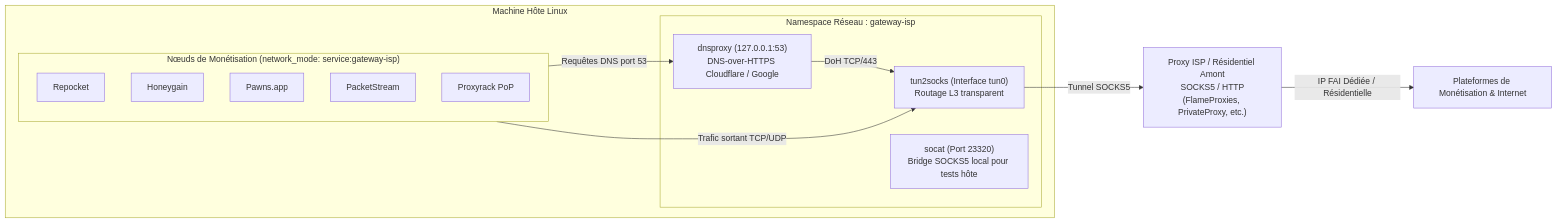
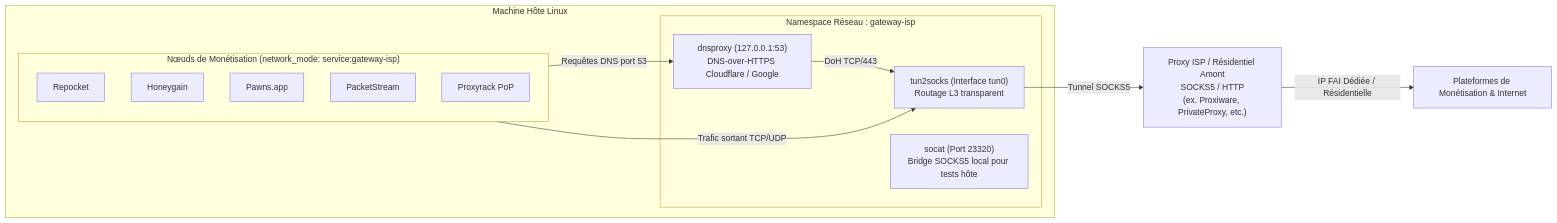
One commit to ki2pixel/proxy_docker changed the diagram in docs/Integration_Passerelle_ISP_Residential.md. Above: the diagram before and after it, drawn with Mermaid. The commit also changed other lines of this file and 16 other files, not shown here.

````diff
--- a/docs/Integration_Passerelle_ISP_Residential.md
+++ b/docs/Integration_Passerelle_ISP_Residential.md
@@ -11,27 +11,27 @@
 ```mermaid
 graph LR
     subgraph DockerHost ["Machine Hôte Linux"]
         subgraph ISPNamespace ["Namespace Réseau : gateway-isp"]
             TUN["tun2socks (Interface tun0)<br>Routage L3 transparent"]
             DNS["dnsproxy (127.0.0.1:53)<br>DNS-over-HTTPS Cloudflare / Google"]
             SOCAT["socat (Port 23320)<br>Bridge SOCKS5 local pour tests hôte"]
         end
 
         subgraph MonetizationNodes ["Nœuds de Monétisation (network_mode: service:gateway-isp)"]
             RP["Repocket"]
             HG["Honeygain"]
             PA["Pawns.app"]
             PS["PacketStream"]
             PR["Proxyrack PoP"]
         end
     end
 
-    PROXY["Proxy ISP / Résidentiel Amont<br>SOCKS5 / HTTP<br>(FlameProxies, PrivateProxy, etc.)"]
+    PROXY["Proxy ISP / Résidentiel Amont<br>SOCKS5 / HTTP<br>(ex. Proxiware, PrivateProxy, etc.)"]
     INTERNET["Plateformes de Monétisation & Internet"]
 
     MonetizationNodes -->|Trafic sortant TCP/UDP| TUN
     MonetizationNodes -->|Requêtes DNS port 53| DNS
     DNS -->|DoH TCP/443| TUN
     TUN -->|Tunnel SOCKS5| PROXY
     PROXY -->|IP FAI Dédiée / Résidentielle| INTERNET
 ```
````
